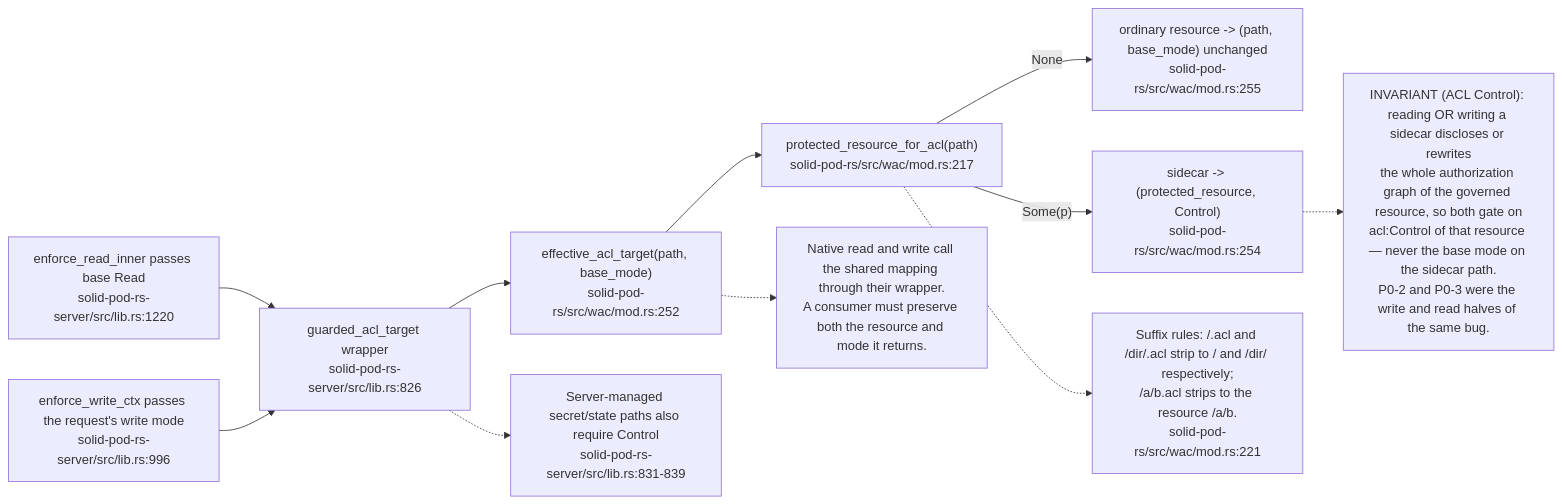
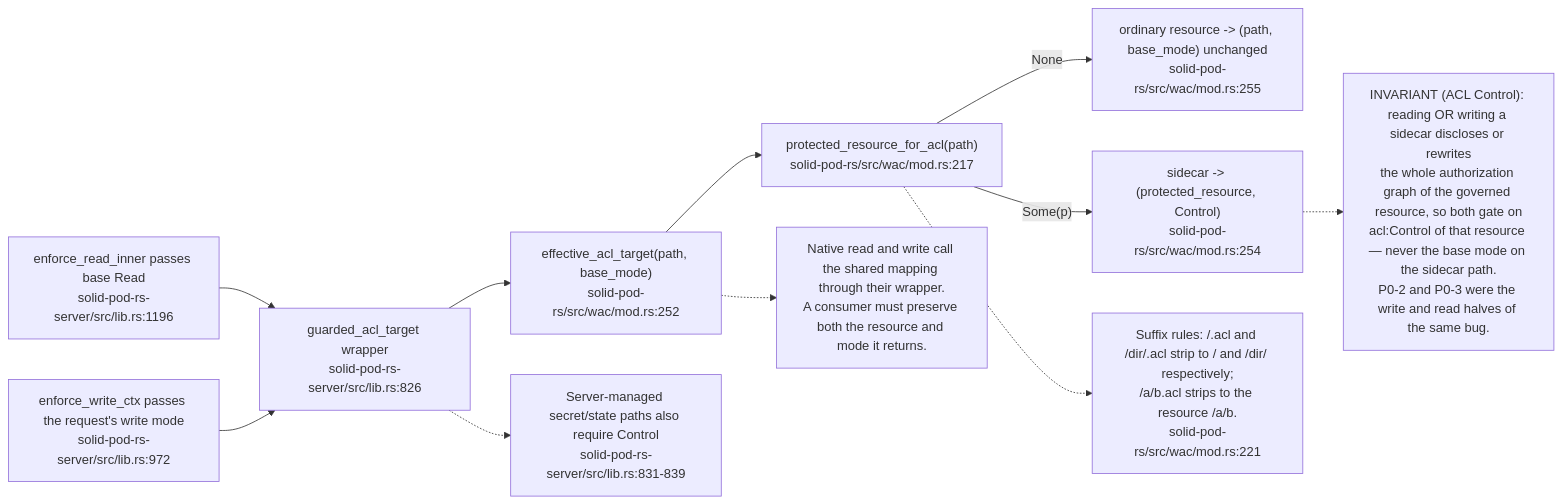
Before and after one commit to DreamLab-AI/VisionFlow: the fifth of 13 diagrams in docs/diagrams/solid-pod-rs/04-wac-authorisation.md, drawn with Mermaid. The commit also changed other lines of this file and 47 other files, not shown here.

````diff
--- a/docs/diagrams/solid-pod-rs/04-wac-authorisation.md
+++ b/docs/diagrams/solid-pod-rs/04-wac-authorisation.md
@@ -166,24 +172,24 @@
 ```mermaid
 flowchart LR
     IN["effective_acl_target(path, base_mode)<br/>solid-pod-rs/src/wac/mod.rs:252"]
     PR["protected_resource_for_acl(path)<br/>solid-pod-rs/src/wac/mod.rs:217"]
     ORD["ordinary resource -> (path, base_mode) unchanged<br/>solid-pod-rs/src/wac/mod.rs:255"]
     ELV["sidecar -> (protected_resource, Control)<br/>solid-pod-rs/src/wac/mod.rs:254"]
-    RD["enforce_read_inner passes base Read<br/>solid-pod-rs-server/src/lib.rs:1220"]
-    WR["enforce_write_ctx passes the request's write mode<br/>solid-pod-rs-server/src/lib.rs:996"]
+    RD["enforce_read_inner passes base Read<br/>solid-pod-rs-server/src/lib.rs:1196"]
+    WR["enforce_write_ctx passes the request's write mode<br/>solid-pod-rs-server/src/lib.rs:972"]
 
     IN --> PR
     PR -- None --> ORD
     PR -- "Some(p)" --> ELV
     RD --> GUARD["guarded_acl_target wrapper<br/>solid-pod-rs-server/src/lib.rs:826"]
     WR --> GUARD
     GUARD --> IN
     GUARD -.-> EXTRA["Server-managed secret/state paths also require Control<br/>solid-pod-rs-server/src/lib.rs:831-839"]
 
     N1["Suffix rules: /.acl and /dir/.acl strip to / and /dir/ respectively;<br/>/a/b.acl strips to the resource /a/b.<br/>solid-pod-rs/src/wac/mod.rs:221"]
     PR -.-> N1
     N2["INVARIANT (ACL Control): reading OR writing a sidecar discloses or rewrites<br/>the whole authorization graph of the governed resource, so both gate on<br/>acl:Control of that resource — never the base mode on the sidecar path.<br/>P0-2 and P0-3 were the write and read halves of the same bug."]
     ELV -.-> N2
     N3["Native read and write call the shared mapping through their wrapper.<br/>A consumer must preserve both the resource and mode it returns."]
     IN -.-> N3
 ```
````
